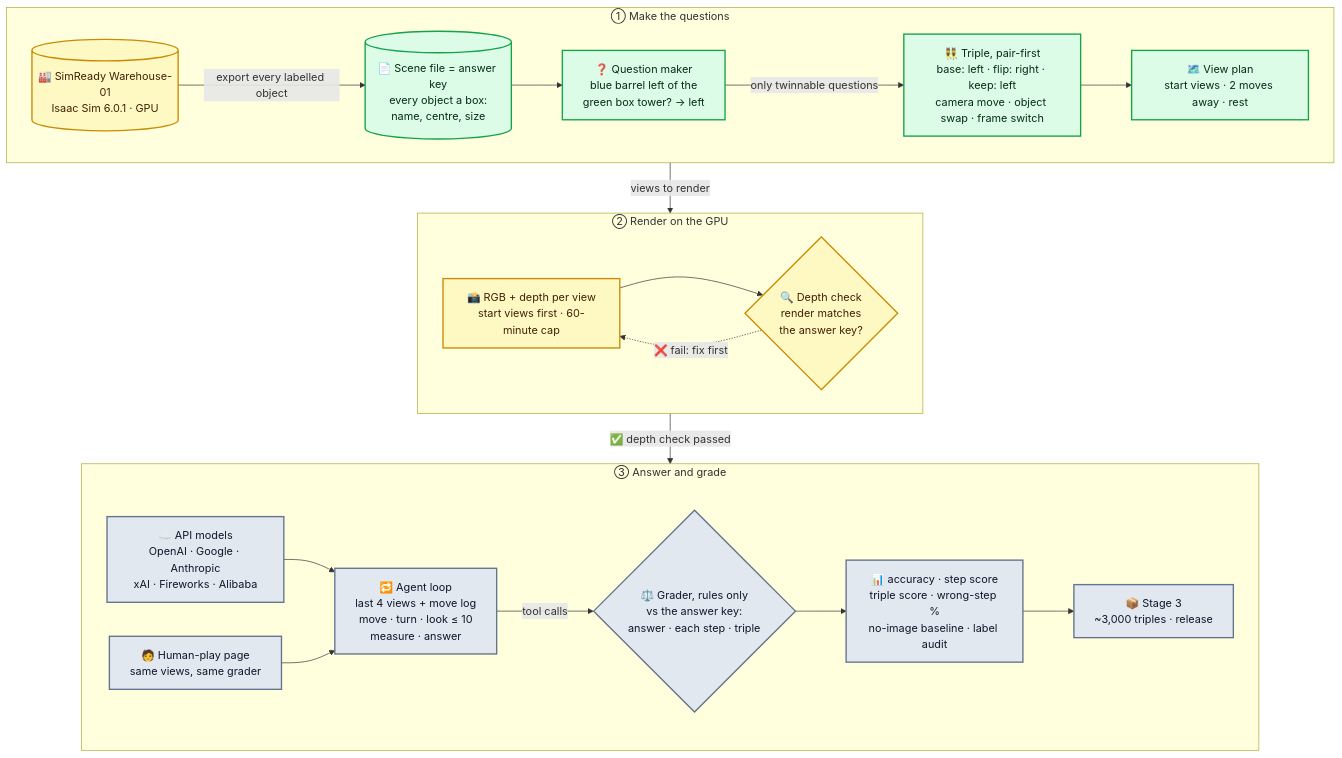
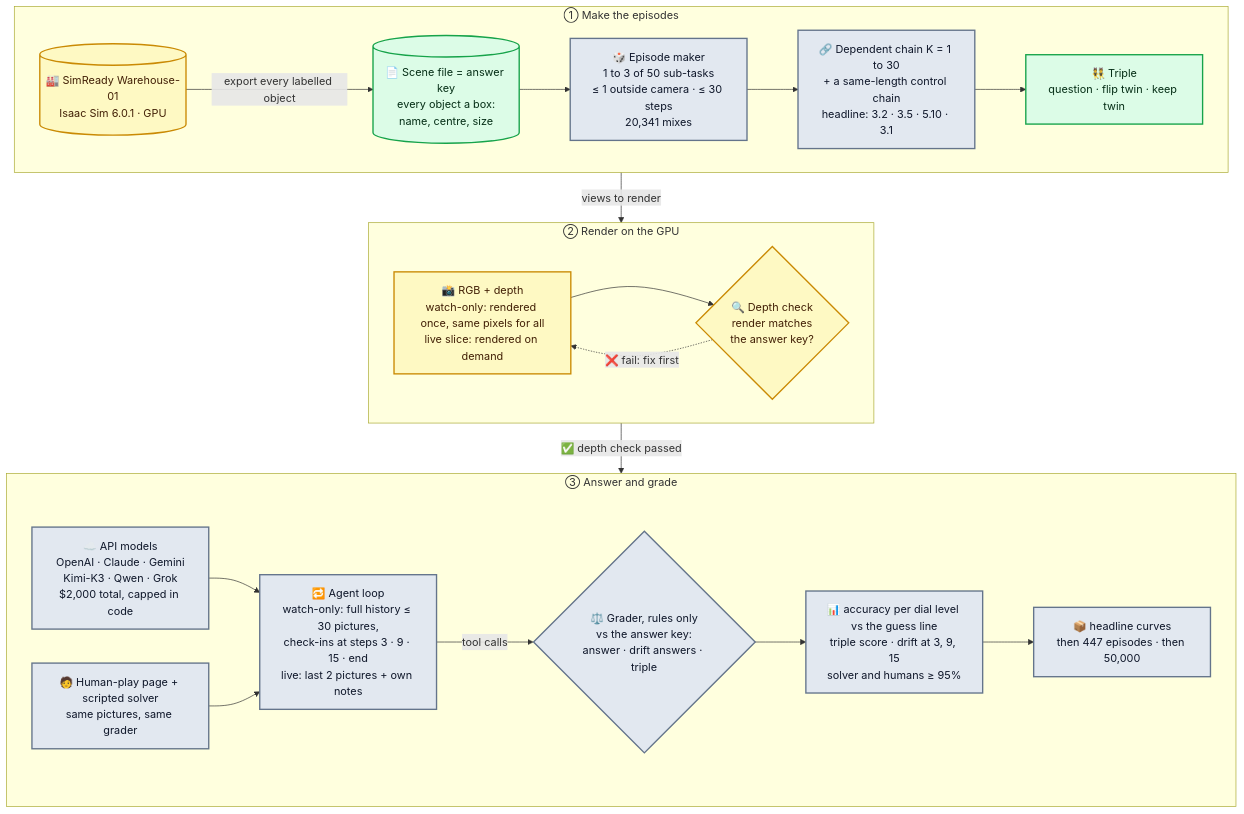
Before and after one commit to kapilw25/kapilw25.github.io: the diagram in dataset-bench-lab/p03/flowchart.mmd, drawn with Mermaid. The commit also changed 9 other files, not shown here.

First line of the commit message:
p03: dashboard aligned with the 2026-10-03 plan (Plan tab, honest survey rows, picture rules, NeurIPS 2027)

```diff
--- a/dataset-bench-lab/p03/flowchart.mmd
+++ b/dataset-bench-lab/p03/flowchart.mmd
@@ -1,38 +1,38 @@
 flowchart TB
-  subgraph A["① Make the questions"]
+  subgraph A["① Make the episodes"]
     direction LR
     W[("🏭 SimReady Warehouse-01<br/>Isaac Sim 6.0.1 · GPU")]
     SF[("📄 Scene file = answer key<br/>every object a box:<br/>name, centre, size")]
-    QM["❓ Question maker<br/>blue barrel left of the<br/>green box tower? → left"]
-    TR["👯 Triple, pair-first<br/>base: left · flip: right · keep: left<br/>camera move · object swap · frame switch"]
-    VP["🗺️ View plan<br/>start views · 2 moves away · rest"]
-    W -->|export every labelled object| SF --> QM -->|only twinnable questions| TR --> VP
+    EM["🎲 Episode maker<br/>1 to 3 of 50 sub-tasks<br/>≤ 1 outside camera · ≤ 30 steps<br/>20,341 mixes"]
+    DCH["🔗 Dependent chain K = 1 to 30<br/>+ a same-length control chain<br/>headline: 3.2 · 3.5 · 5.10 · 3.1"]
+    TR["👯 Triple<br/>question · flip twin · keep twin"]
+    W -->|export every labelled object| SF --> EM --> DCH --> TR
   end
   subgraph B["② Render on the GPU"]
     direction LR
-    R["📸 RGB + depth per view<br/>start views first · 60-minute cap"]
+    R["📸 RGB + depth<br/>watch-only: rendered once, same pixels for all<br/>live slice: rendered on demand"]
     DC{"🔍 Depth check<br/>render matches<br/>the answer key?"}
     R --> DC
     DC -.->|❌ fail: fix first| R
   end
   subgraph C["③ Answer and grade"]
     direction LR
-    M["☁️ API models<br/>OpenAI · Google · Anthropic<br/>xAI · Fireworks · Alibaba"]
-    H["🧑 Human-play page<br/>same views, same grader"]
-    AL["🔁 Agent loop<br/>last 4 views + move log<br/>move · turn · look ≤ 10<br/>measure · answer"]
-    G{"⚖️ Grader, rules only<br/>vs the answer key:<br/>answer · each step · triple"}
-    OUT["📊 accuracy · step score<br/>triple score · wrong-step %<br/>no-image baseline · label audit"]
-    S3["📦 Stage 3<br/>~3,000 triples · release"]
+    M["☁️ API models<br/>OpenAI · Claude · Gemini<br/>Kimi-K3 · Qwen · Grok<br/>$2,000 total, capped in code"]
+    H["🧑 Human-play page + scripted solver<br/>same pictures, same grader"]
+    AL["🔁 Agent loop<br/>watch-only: full history ≤ 30 pictures,<br/>check-ins at steps 3 · 9 · 15 · end<br/>live: last 2 pictures + own notes"]
+    G{"⚖️ Grader, rules only<br/>vs the answer key:<br/>answer · drift answers · triple"}
+    OUT["📊 accuracy per dial level vs the guess line<br/>triple score · drift at 3, 9, 15<br/>solver and humans ≥ 95%"]
+    S3["📦 headline curves<br/>then 447 episodes · then 50,000"]
     M --> AL
     H --> AL
     AL -->|tool calls| G --> OUT --> S3
   end
   A -->|views to render| B
   B -->|✅ depth check passed| C
 
   classDef done fill:#dcfce7,stroke:#16a34a,stroke-width:2px,color:#052e16
   classDef ready fill:#fef9c3,stroke:#ca8a04,stroke-width:2px,color:#422006
   classDef queued fill:#e2e8f0,stroke:#64748b,stroke-width:2px,color:#0f172a
-  class SF,QM,TR,VP done
+  class SF,TR done
   class W,R,DC ready
-  class M,H,AL,G,OUT,S3 queued
+  class EM,DCH,M,H,AL,G,OUT,S3 queued
```
